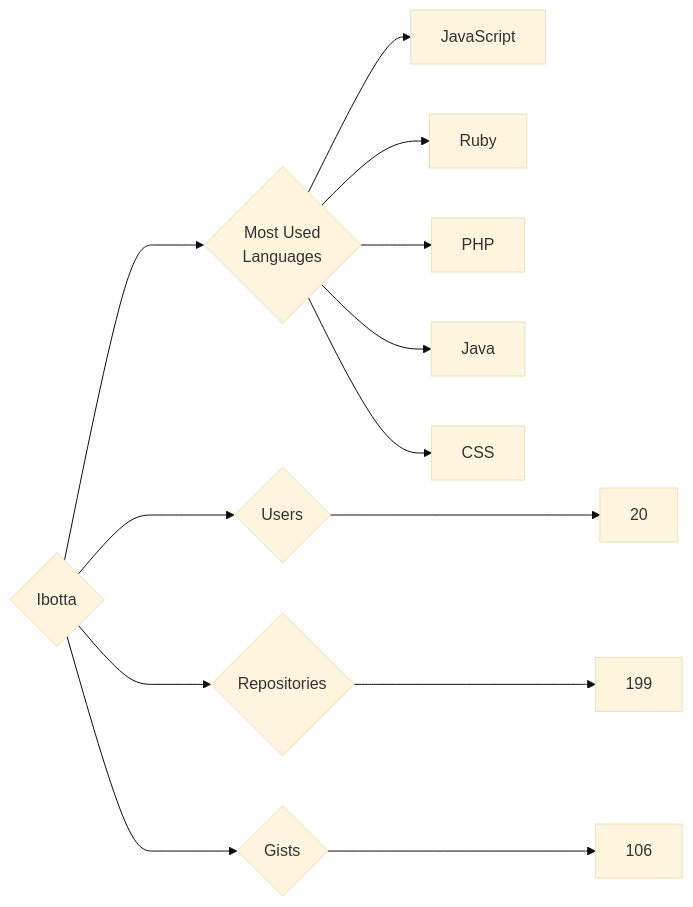
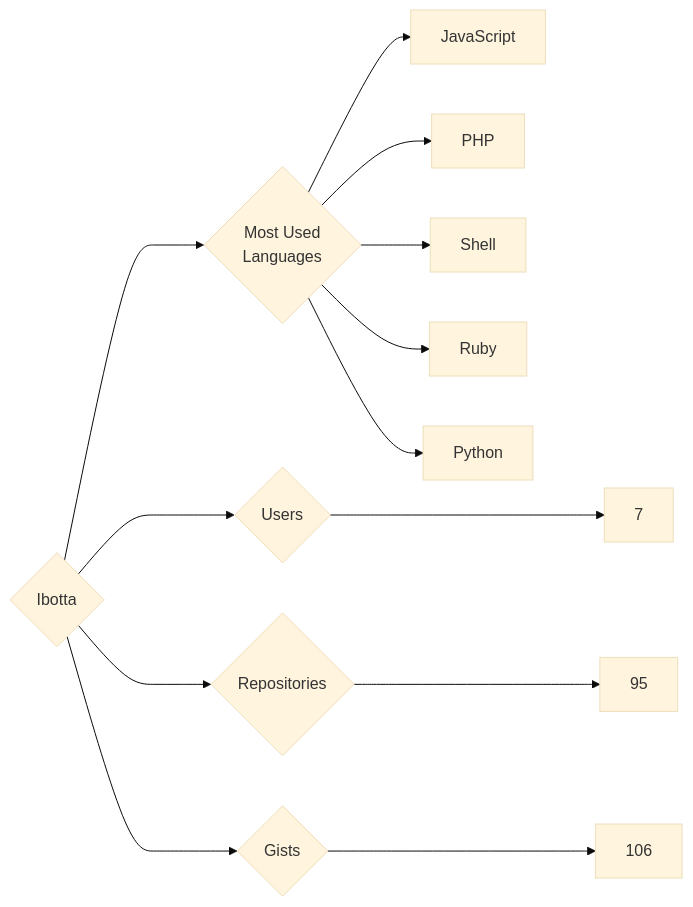
One commit to trickest/insiders changed the diagram in targets/Ibotta/README.md. Above: the diagram before and after it, drawn with Mermaid (base theme). The commit also changed 715 other files, not shown here.

````diff
--- a/targets/Ibotta/README.md
+++ b/targets/Ibotta/README.md
@@ -3,13 +3,13 @@
 ```mermaid
 graph LR
 COMPANY_NAME{Ibotta}
-COMPANY_NAME ---> U{Users} ---> UN[20]
-COMPANY_NAME ---> R{Repositories} ---> RN[199]
+COMPANY_NAME ---> U{Users} ---> UN[7]
+COMPANY_NAME ---> R{Repositories} ---> RN[95]
 COMPANY_NAME ---> G{Gists} ---> GN[106]
 COMPANY_NAME ---> ML{Most Used<br>Languages}
 ML --> JavaScript[JavaScript]
+ML --> PHP[PHP]
+ML --> Shell[Shell]
 ML --> Ruby[Ruby]
-ML --> PHP[PHP]
-ML --> Java[Java]
-ML --> CSS[CSS]
+ML --> Python[Python]
 ```
````
